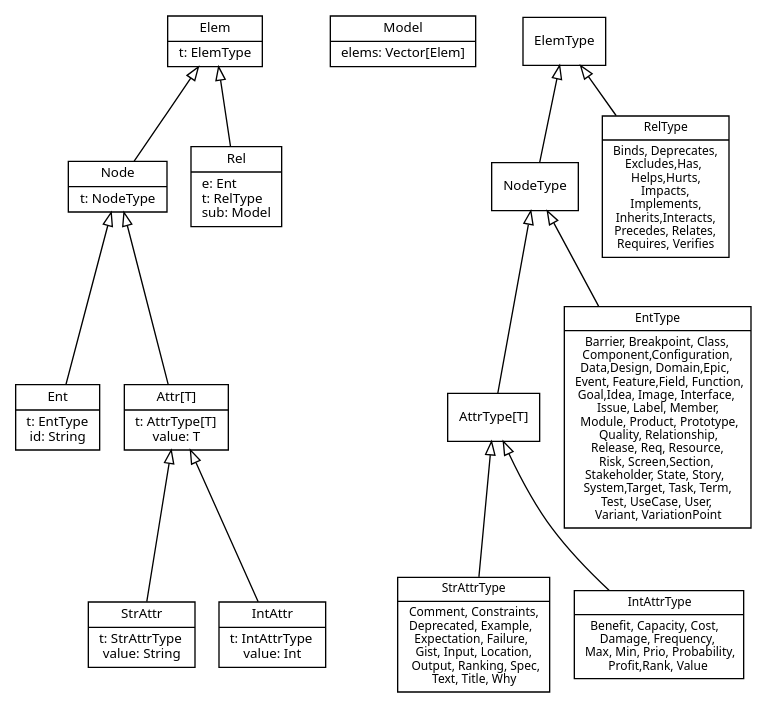
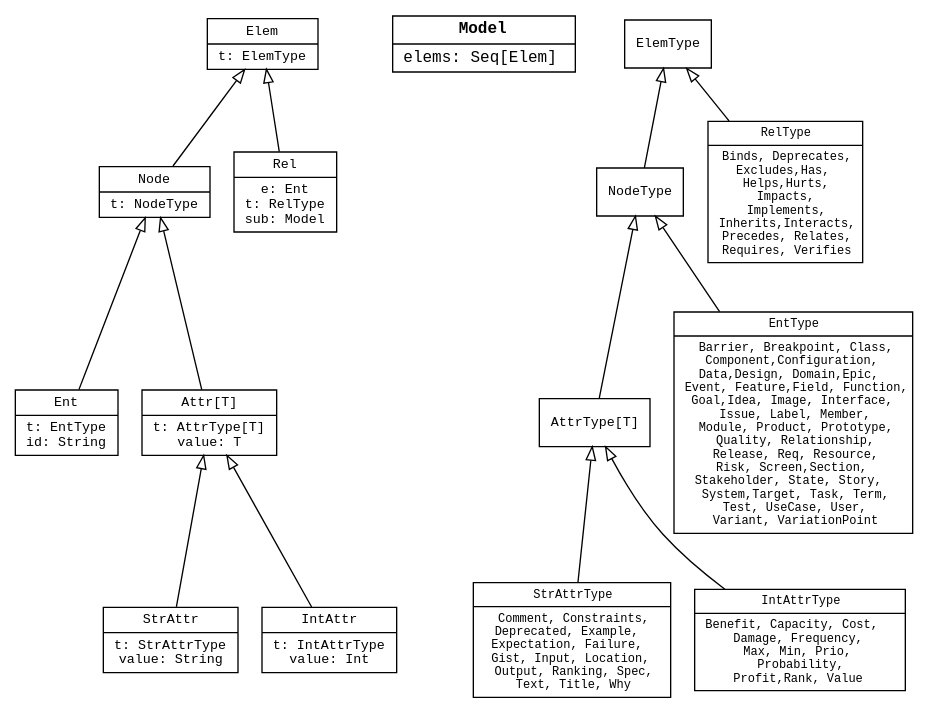
The diagram in metamodel-hierarchy.dot (reqT/reqT-lang), drawn with Graphviz before and after one commit.

Commit message:
tweak font and layout of diagram

```diff
--- a/metamodel-hierarchy.dot
+++ b/metamodel-hierarchy.dot
@@ -1,70 +1,70 @@
 digraph G { /* dot -T pdf -o metamodel.pdf metamodel.dot */
-  fontname = "Sans"
+  fontname = "Monospace"
   fontsize = 10
   rankdir = "BT"
   ordering = "out"
   nojustify = true
 
   node [
-    fontname = "Sans"
+    fontname = "Monospace"
     fontsize = 10
     shape = "record"
   ]
 
   edge [
     arrowhead = "empty"
   ]
  
   { rank = same;  Elem; Model; ElemType;}
   { rank = same; Node_; Rel; }
   { rank = same;  Ent; Attr;  AttrType; }
 
-  Model [label = "{Model|elems: Vector[Elem]}" constraint=false]
-  Node_ [label = "{Node|t: NodeType}"]
-  Ent [label = "{Ent|t: EntType\lid: String}"]
-  Rel [label = "{Rel|e: Ent\lt: RelType\lsub: Model\l }"]
+  Model [label = <{<b>Model</b>|elems: Seq[Elem]}> fontsize = 12]
+  Node_ [label = <{Node|t: NodeType}>]
+  Ent [label = <{Ent|t: EntType<BR/>id: String}>]
+  Rel [label = <{Rel|e: Ent<BR/>t: RelType<BR/>sub: Model}>]
   Attr [label = "{Attr[T]|t: AttrType[T]\lvalue: T}"]
   StrAttr [label = "{StrAttr|t: StrAttrType\lvalue: String}"]
   IntAttr [label = "{IntAttr|t: IntAttrType\lvalue: Int}"]
 
-  Elem [label = "{Elem|t: ElemType}"]
+  Elem [label = <{Elem|t: ElemType}>]
   NodeType [label = "{NodeType}"]
 
   EntType[label = <{EntType|Barrier, Breakpoint, Class,<BR/> Component,Configuration,<BR/> Data,Design, Domain,Epic, <BR/>Event, Feature,Field, Function,<BR/> Goal,Idea, Image, Interface,<BR/>Issue, Label, Member,<BR/>Module, Product, Prototype,<BR/>Quality, Relationship,<BR/>Release, Req, Resource,<BR/>Risk, Screen,Section, <BR/> Stakeholder, State, Story, <BR/>  System,Target, Task, Term,<BR/>Test, UseCase, User,<BR/>Variant, VariationPoint}> fontsize = 9]
 
   AttrType [label = "{AttrType[T]}"]
 
   StrAttrType [fontsize = 9 label = <{StrAttrType|Comment, Constraints,<BR/> Deprecated, Example, <BR/> Expectation, Failure, <BR/>  Gist, Input, Location, <BR/>  Output, Ranking, Spec,<BR/>  Text, Title, Why}>]
 
-  IntAttrType [fontsize = 9 label = <{IntAttrType|Benefit, Capacity, Cost,   <BR/> Damage, Frequency,<BR/>Max, Min, Prio, Probability,<BR/> Profit,Rank, Value}>]
+  IntAttrType [fontsize = 9 label = <{IntAttrType|Benefit, Capacity, Cost,   <BR/> Damage, Frequency,<BR/>Max, Min, Prio, <BR/>Probability,<BR/> Profit,Rank, Value}>]
 
   RelType[label = <{RelType|Binds, Deprecates,<BR/> Excludes,Has,<BR/>Helps,Hurts,<BR/>Impacts,<BR/>Implements,<BR/>Inherits,Interacts,<BR/>Precedes, Relates,<BR/>Requires, Verifies}> fontsize = 9]
 
   Node_ -> Elem
   Rel -> Elem
   Ent -> Node_
   Attr -> Node_
   StrAttr -> Attr
   IntAttr -> Attr
 
   
   AttrType -> NodeType
   StrAttrType -> AttrType
   IntAttrType -> AttrType
 
   NodeType -> ElemType
   EntType -> NodeType
   RelType -> ElemType
 
 
 
 /*  Goal -> EntType
   Feature -> EntType
   Function -> EntType
   Data -> EntType
   OtherEnts -> EntType
   OtherEnts [ label = "..."; shape = "none"]
 
   has -> RelType
 */
 }
```
